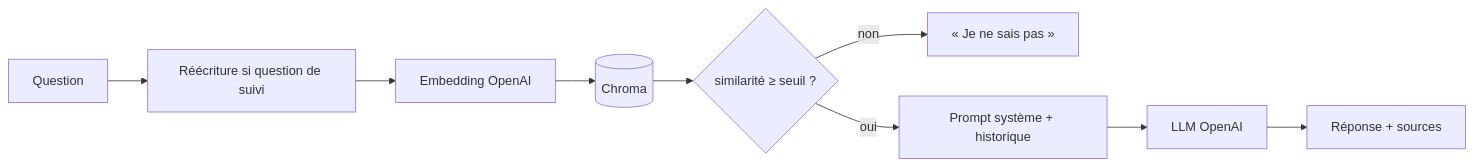
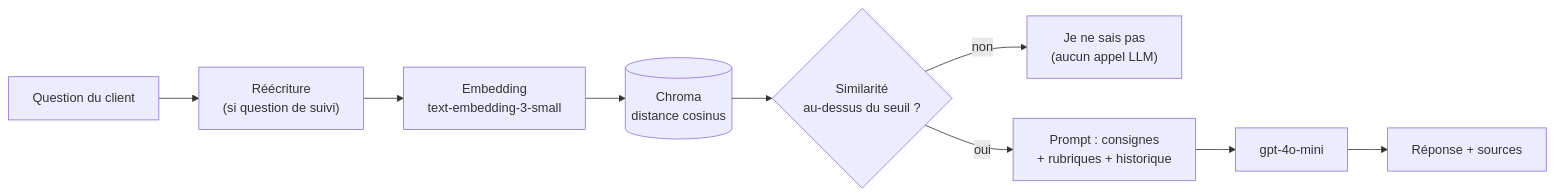
The first of 2 diagrams in projet_rag_assistant_hotel/README.md (Soilah98/RAG), drawn with Mermaid before and after one commit. The commit also changed other lines of this file, not shown here.

````diff
--- a/projet_rag_assistant_hotel/README.md
+++ b/projet_rag_assistant_hotel/README.md
@@ -18,11 +52,11 @@
 ```mermaid
 flowchart LR
-    Q[Question] --> R[Réécriture si question de suivi]
-    R --> E[Embedding OpenAI]
-    E --> C[(Chroma)]
-    C --> T{similarité ≥ seuil ?}
-    T -- non --> F["« Je ne sais pas »"]
-    T -- oui --> P[Prompt système + historique]
-    P --> L[LLM OpenAI]
-    L --> A[Réponse + sources]
+    Q["Question du client"] --> R["Réécriture<br/>(si question de suivi)"]
+    R --> E["Embedding<br/>text-embedding-3-small"]
+    E --> C[("Chroma<br/>distance cosinus")]
+    C --> T{"Similarité<br/>au-dessus du seuil ?"}
+    T -- non --> F["Je ne sais pas<br/>(aucun appel LLM)"]
+    T -- oui --> P["Prompt : consignes<br/>+ rubriques + historique"]
+    P --> L["gpt-4o-mini"]
+    L --> A["Réponse + sources"]
 ```
````
